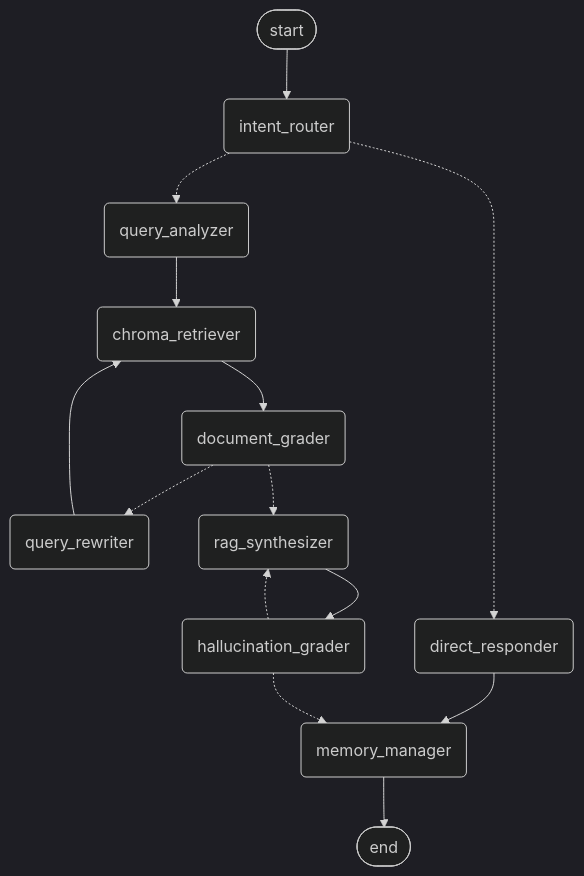
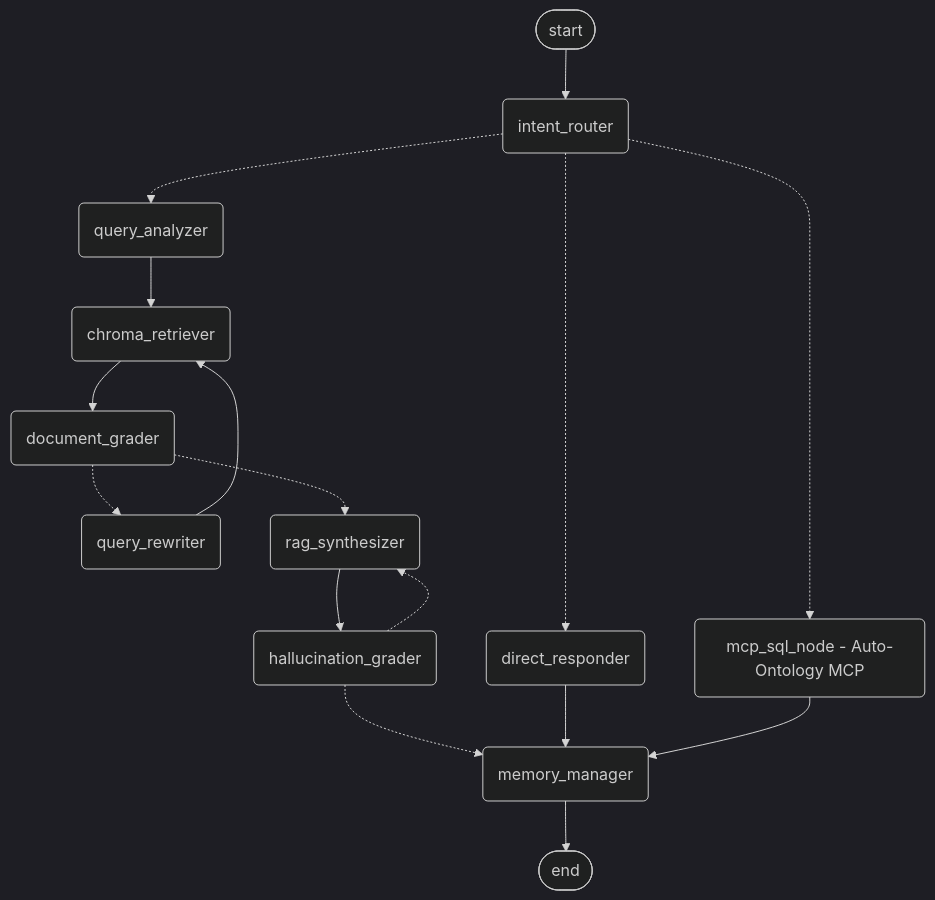
Before and after one commit to putawararevalda/cortexgraph: the diagram in README.md, drawn with Mermaid (dark theme). The commit also changed other lines of this file, not shown here.

Commit message:
docs: add self-deployed nvidia auto ontology connection and export/import guide to README

````diff
--- a/README.md
+++ b/README.md
@@ -43,27 +59,31 @@
 ```mermaid
 graph TD;
 	__start__([start]):::first
 	intent_router(intent_router)
 	direct_responder(direct_responder)
 	query_analyzer(query_analyzer)
 	chroma_retriever(chroma_retriever)
 	document_grader(document_grader)
 	query_rewriter(query_rewriter)
 	rag_synthesizer(rag_synthesizer)
 	hallucination_grader(hallucination_grader)
+	mcp_sql_node(mcp_sql_node - Auto-Ontology MCP)
 	memory_manager(memory_manager)
 	__end__([end]):::last
+
 	__start__ --> intent_router;
+	intent_router -.-> direct_responder;
+	intent_router -.-> query_analyzer;
+	intent_router -.-> mcp_sql_node;
+	query_analyzer --> chroma_retriever;
 	chroma_retriever --> document_grader;
-	direct_responder --> memory_manager;
 	document_grader -.-> query_rewriter;
 	document_grader -.-> rag_synthesizer;
+	query_rewriter --> chroma_retriever;
+	rag_synthesizer --> hallucination_grader;
 	hallucination_grader -.-> memory_manager;
 	hallucination_grader -.-> rag_synthesizer;
-	intent_router -.-> direct_responder;
-	intent_router -.-> query_analyzer;
-	query_analyzer --> chroma_retriever;
-	query_rewriter --> chroma_retriever;
-	rag_synthesizer --> hallucination_grader;
+	direct_responder --> memory_manager;
+	mcp_sql_node --> memory_manager;
 	memory_manager --> __end__;
 ```
````
